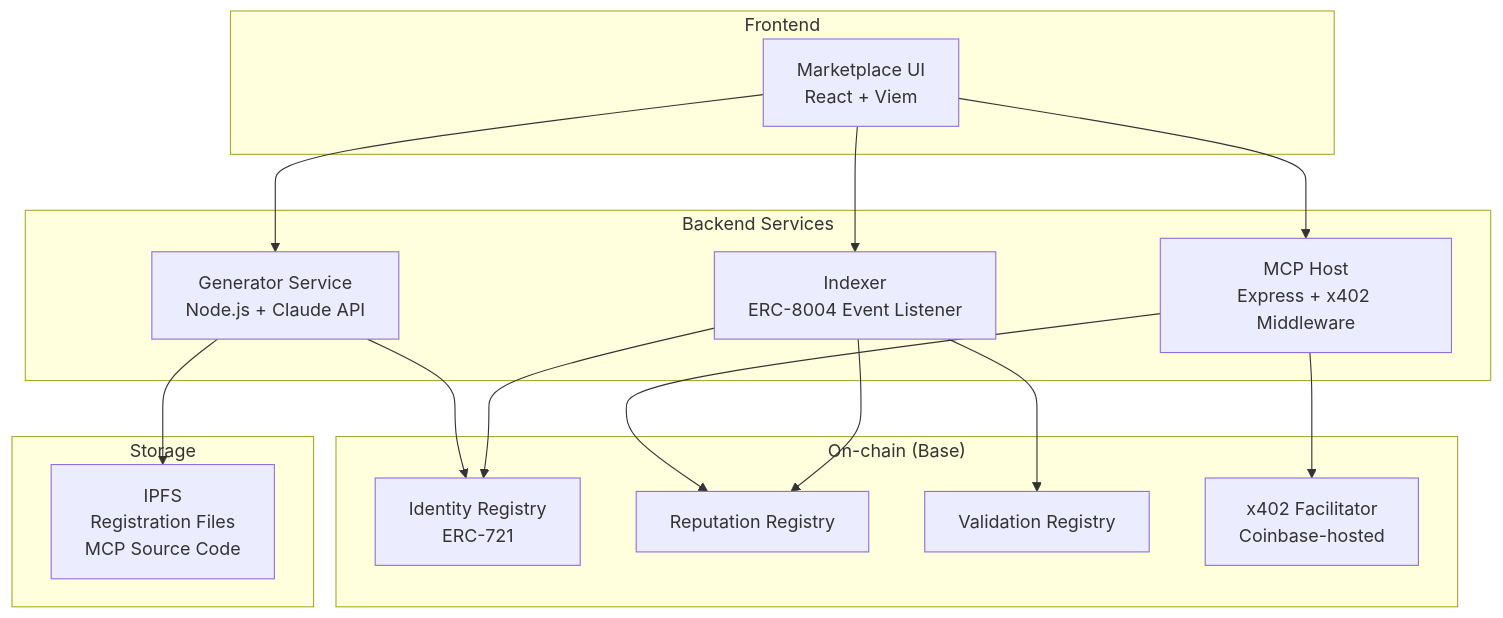
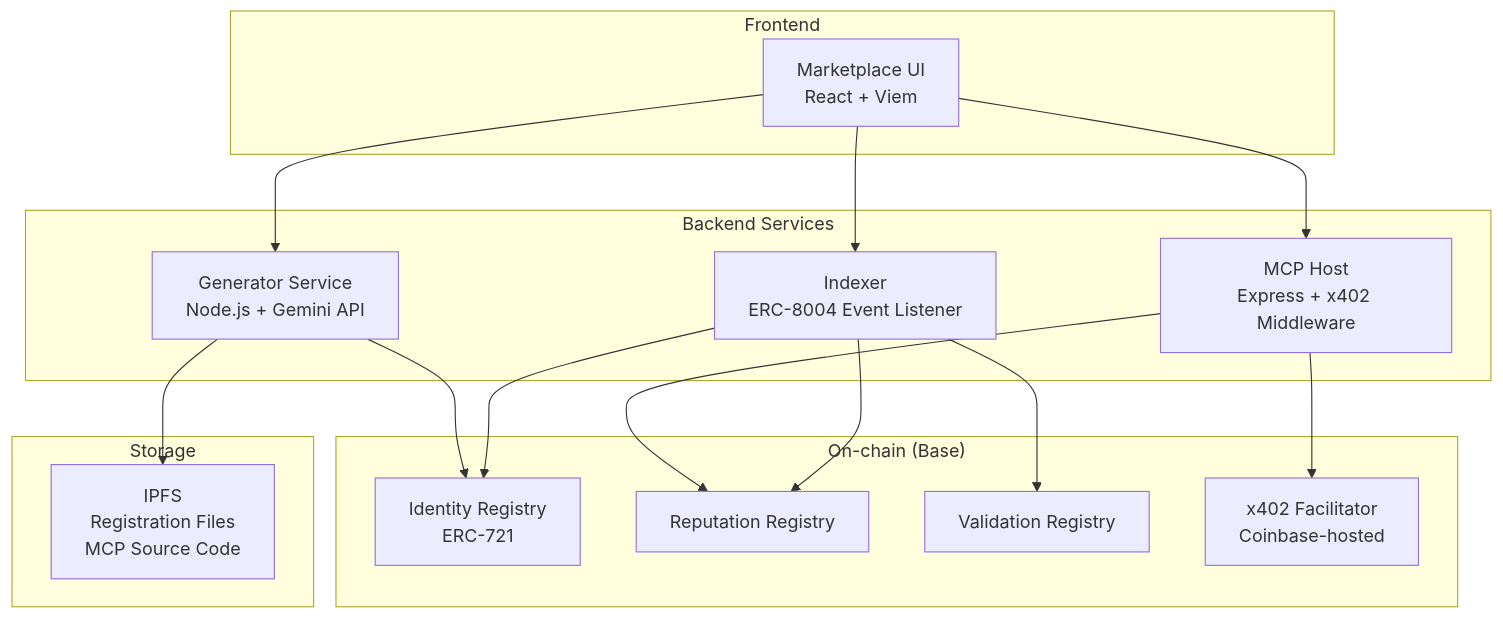
Before and after one commit to imajus/cryptopus: the first of 5 diagrams in docs/Specifications.md, drawn with Mermaid. The commit also changed other lines of this file and 2 other files, not shown here.

Commit message:
Switch generator from Claude API to Gemini API and from TypeScript to JavaScript across all docs.

````diff
--- a/docs/Specifications.md
+++ b/docs/Specifications.md
@@ -5,34 +5,34 @@
 ```mermaid
 graph TB
     subgraph "Frontend"
         WEB[Marketplace UI<br/>React + Viem]
     end
 
     subgraph "Backend Services"
-        GEN[Generator Service<br/>Node.js + Claude API]
+        GEN[Generator Service<br/>Node.js + Gemini API]
         HOST[MCP Host<br/>Express + x402 Middleware]
         IDX[Indexer<br/>ERC-8004 Event Listener]
     end
 
     subgraph "On-chain (Base)"
         IR[Identity Registry<br/>ERC-721]
         RR[Reputation Registry]
         VR[Validation Registry]
         X402[x402 Facilitator<br/>Coinbase-hosted]
     end
 
     subgraph "Storage"
         IPFS[IPFS<br/>Registration Files<br/>MCP Source Code]
     end
 
     WEB --> GEN
     WEB --> HOST
     WEB --> IDX
     GEN --> IPFS
     GEN --> IR
     HOST --> X402
     HOST --> RR
     IDX --> IR
     IDX --> RR
     IDX --> VR
 ```
````
